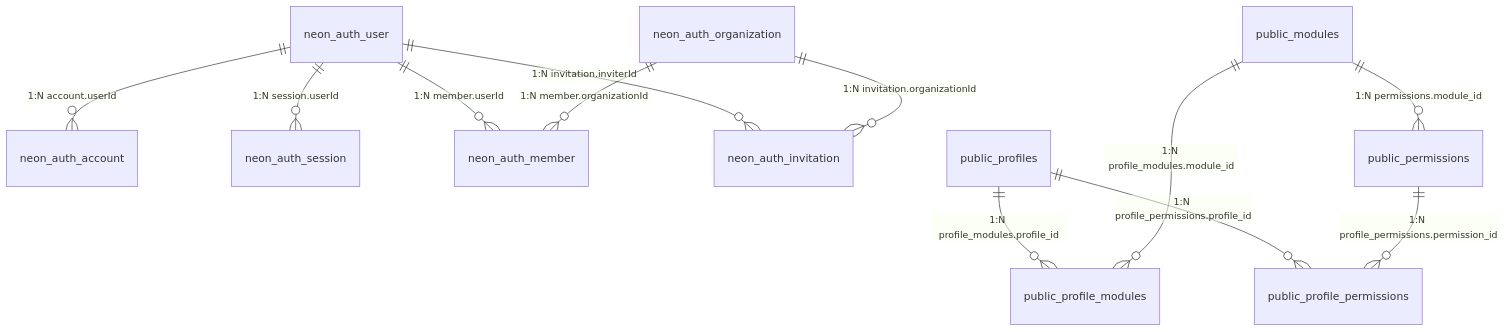
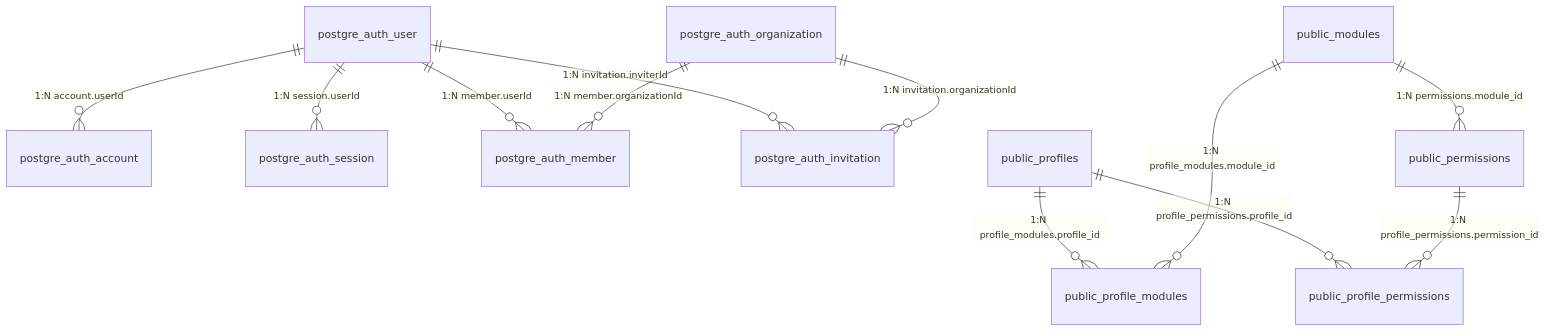
One commit to tecnologiawebnetsystem/armazenamento_cientifico changed the diagram in docs/database-structure.md. Above: the diagram before and after it, drawn with Mermaid. The commit also changed other lines of this file and 4 other files, not shown here.

````diff
--- a/docs/database-structure.md
+++ b/docs/database-structure.md
@@ -19,14 +19,14 @@
 ```mermaid
 erDiagram
-    neon_auth_user ||--o{ neon_auth_account : "1:N account.userId"
-    neon_auth_user ||--o{ neon_auth_session : "1:N session.userId"
-    neon_auth_user ||--o{ neon_auth_member : "1:N member.userId"
-    neon_auth_user ||--o{ neon_auth_invitation : "1:N invitation.inviterId"
-    neon_auth_organization ||--o{ neon_auth_member : "1:N member.organizationId"
-    neon_auth_organization ||--o{ neon_auth_invitation : "1:N invitation.organizationId"
+    postgre_auth_user ||--o{ postgre_auth_account : "1:N account.userId"
+    postgre_auth_user ||--o{ postgre_auth_session : "1:N session.userId"
+    postgre_auth_user ||--o{ postgre_auth_member : "1:N member.userId"
+    postgre_auth_user ||--o{ postgre_auth_invitation : "1:N invitation.inviterId"
+    postgre_auth_organization ||--o{ postgre_auth_member : "1:N member.organizationId"
+    postgre_auth_organization ||--o{ postgre_auth_invitation : "1:N invitation.organizationId"
     public_profiles ||--o{ public_profile_modules : "1:N profile_modules.profile_id"
     public_profiles ||--o{ public_profile_permissions : "1:N profile_permissions.profile_id"
     public_modules ||--o{ public_profile_modules : "1:N profile_modules.module_id"
     public_modules ||--o{ public_permissions : "1:N permissions.module_id"
     public_permissions ||--o{ public_profile_permissions : "1:N profile_permissions.permission_id"
 ```
````
